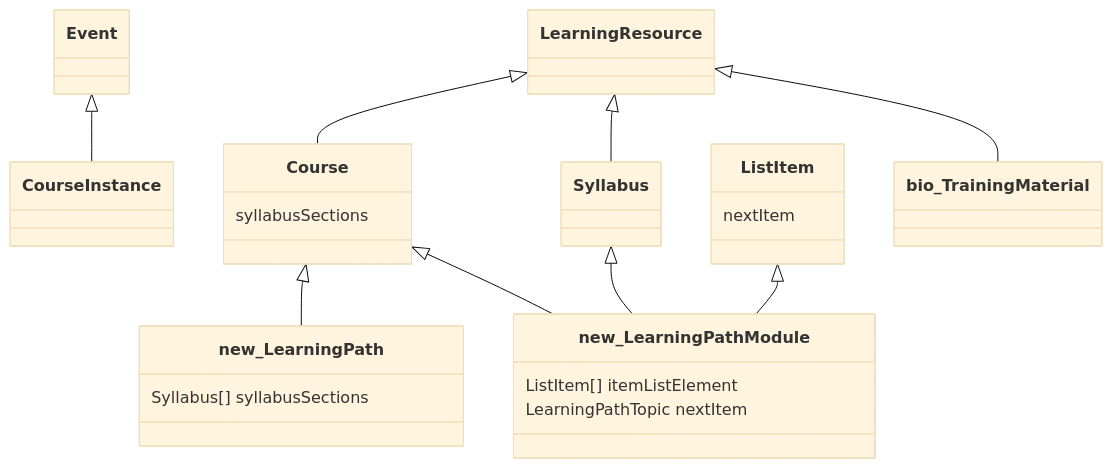
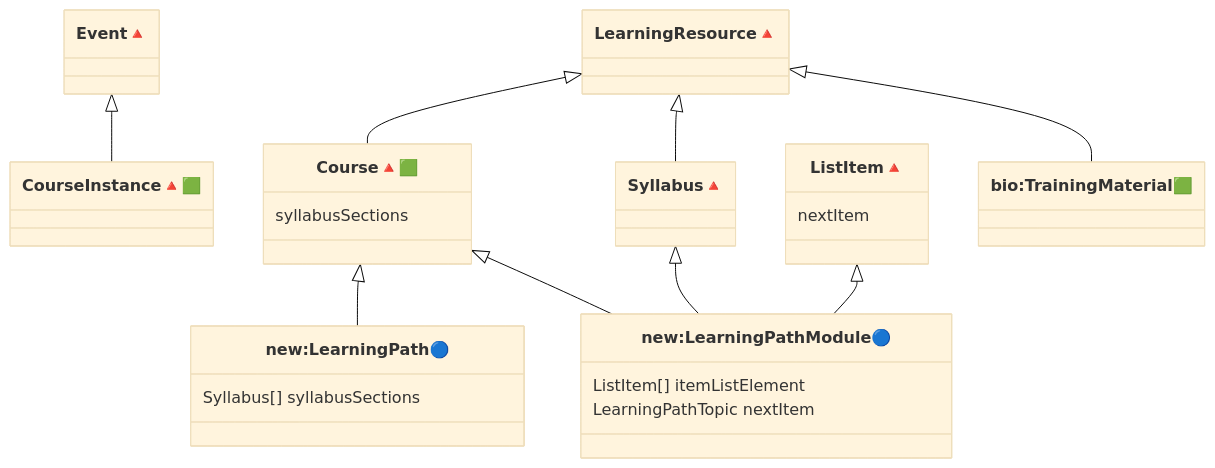
The third of 4 diagrams in README.md (BioSchemas/LearningPath-sandbox), drawn with Mermaid (base theme) before and after one commit. The commit also changed other lines of this file, not shown here.

Commit message:
Add icons to class diagram

````diff
--- a/README.md
+++ b/README.md
@@ -245,35 +245,35 @@
 ```mermaid
 classDiagram
 direction TB
-    class Event {
+    class Event["Event🔺"] {
     }
-    class CourseInstance {
+    class CourseInstance["CourseInstance🔺🟩"]  {
     }
-    class Course {
+    class Course["Course🔺🟩"] {
         syllabusSections
     }
-    class new_LearningPath {
+    class new_LearningPath["new:LearningPath🔵"] {
         Syllabus[] syllabusSections
     }
-    class ListItem {
+    class ListItem["ListItem🔺"] {
 	    nextItem
     }
-    class Syllabus {   
+    class Syllabus["Syllabus🔺"] {   
     }
-    class new_LearningPathModule {
+    class new_LearningPathModule["new:LearningPathModule🔵"] {
         ListItem[] itemListElement
         LearningPathTopic nextItem
     }
-    class LearningResource {
+    class LearningResource["LearningResource🔺"] {
     }
-    class bio_TrainingMaterial {
+    class bio_TrainingMaterial["bio:TrainingMaterial🟩"] {
     }
     Course <|-- new_LearningPath
     Course <|-- new_LearningPathModule
     Syllabus <|-- new_LearningPathModule
     ListItem <|-- new_LearningPathModule
     LearningResource <|-- Course
     LearningResource <|-- bio_TrainingMaterial
     LearningResource <|-- Syllabus
     Event <|-- CourseInstance
 ```
````
